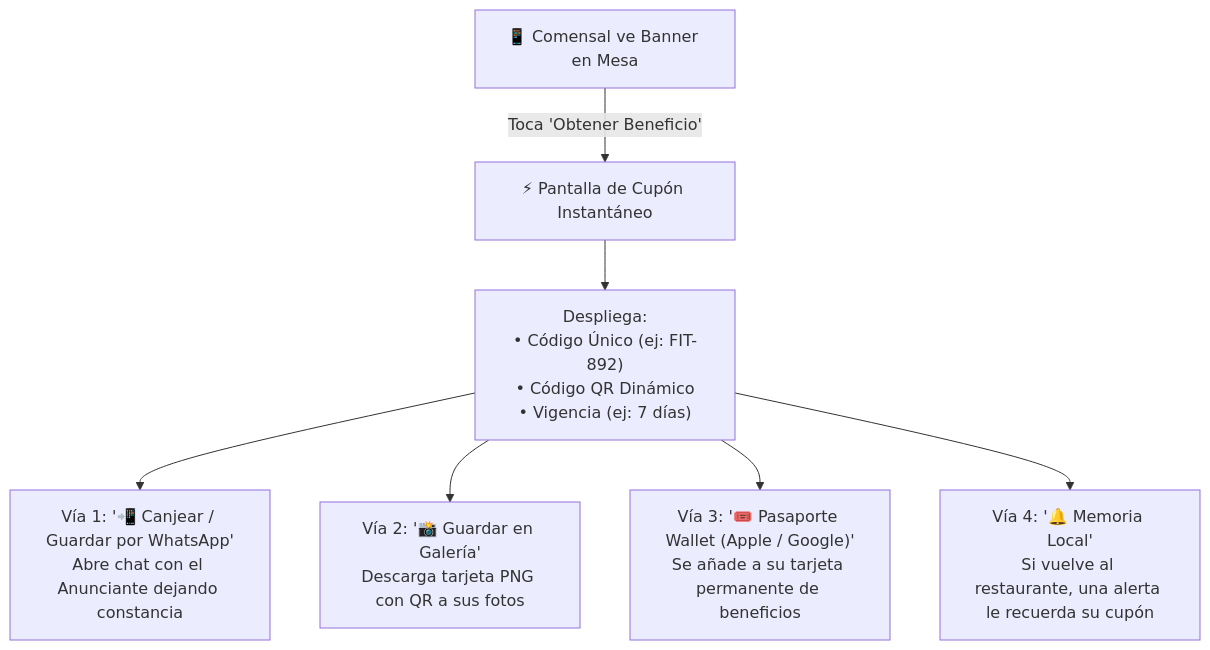
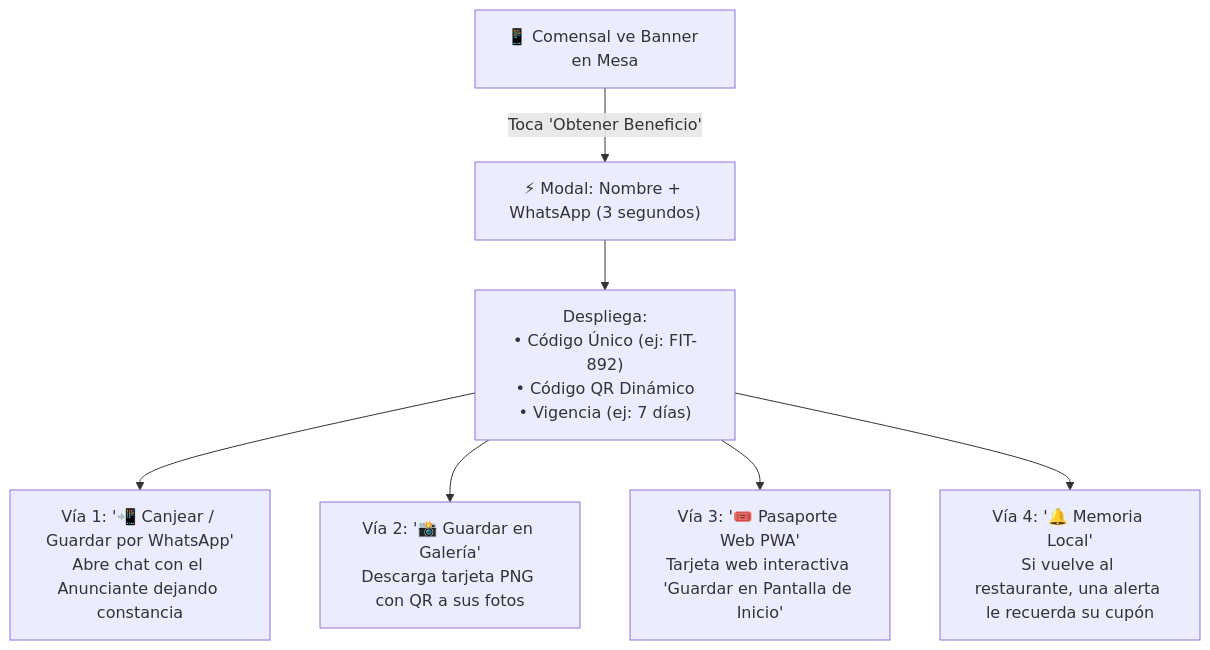
Before and after one commit to arteagaescorza-dev/google-reviews-nfc: the first of 2 diagrams in docs/SPEC_INFRAESTRUCTURA_CUPONES.md, drawn with Mermaid. The commit also changed other lines of this file and 1 other file, not shown here.

Commit message:
docs: formalize preapproved Phase 1 Web PWA / WhatsApp Pass and catalog DT-09 native Wallet integration

````diff
--- a/docs/SPEC_INFRAESTRUCTURA_CUPONES.md
+++ b/docs/SPEC_INFRAESTRUCTURA_CUPONES.md
@@ -29,10 +32,10 @@
 ```mermaid
 flowchart TD
-    A["📱 Comensal ve Banner en Mesa"] -->|"Toca 'Obtener Beneficio'"| B["⚡ Pantalla de Cupón Instantáneo"]
+    A["📱 Comensal ve Banner en Mesa"] -->|"Toca 'Obtener Beneficio'"| B["⚡ Modal: Nombre + WhatsApp (3 segundos)"]
     B --> C["Despliega:<br/>• Código Único (ej: FIT-892)<br/>• Código QR Dinámico<br/>• Vigencia (ej: 7 días)"]
     
     C --> D1["Vía 1: '📲 Canjear / Guardar por WhatsApp'<br/>Abre chat con el Anunciante dejando constancia"]
     C --> D2["Vía 2: '📸 Guardar en Galería'<br/>Descarga tarjeta PNG con QR a sus fotos"]
-    C --> D3["Vía 3: '🎟️ Pasaporte Wallet (Apple / Google)'<br/>Se añade a su tarjeta permanente de beneficios"]
+    C --> D3["Vía 3: '🎟️ Pasaporte Web PWA'<br/>Tarjeta web interactiva 'Guardar en Pantalla de Inicio'"]
     C --> D4["Vía 4: '🔔 Memoria Local'<br/>Si vuelve al restaurante, una alerta le recuerda su cupón"]
 ```
````
